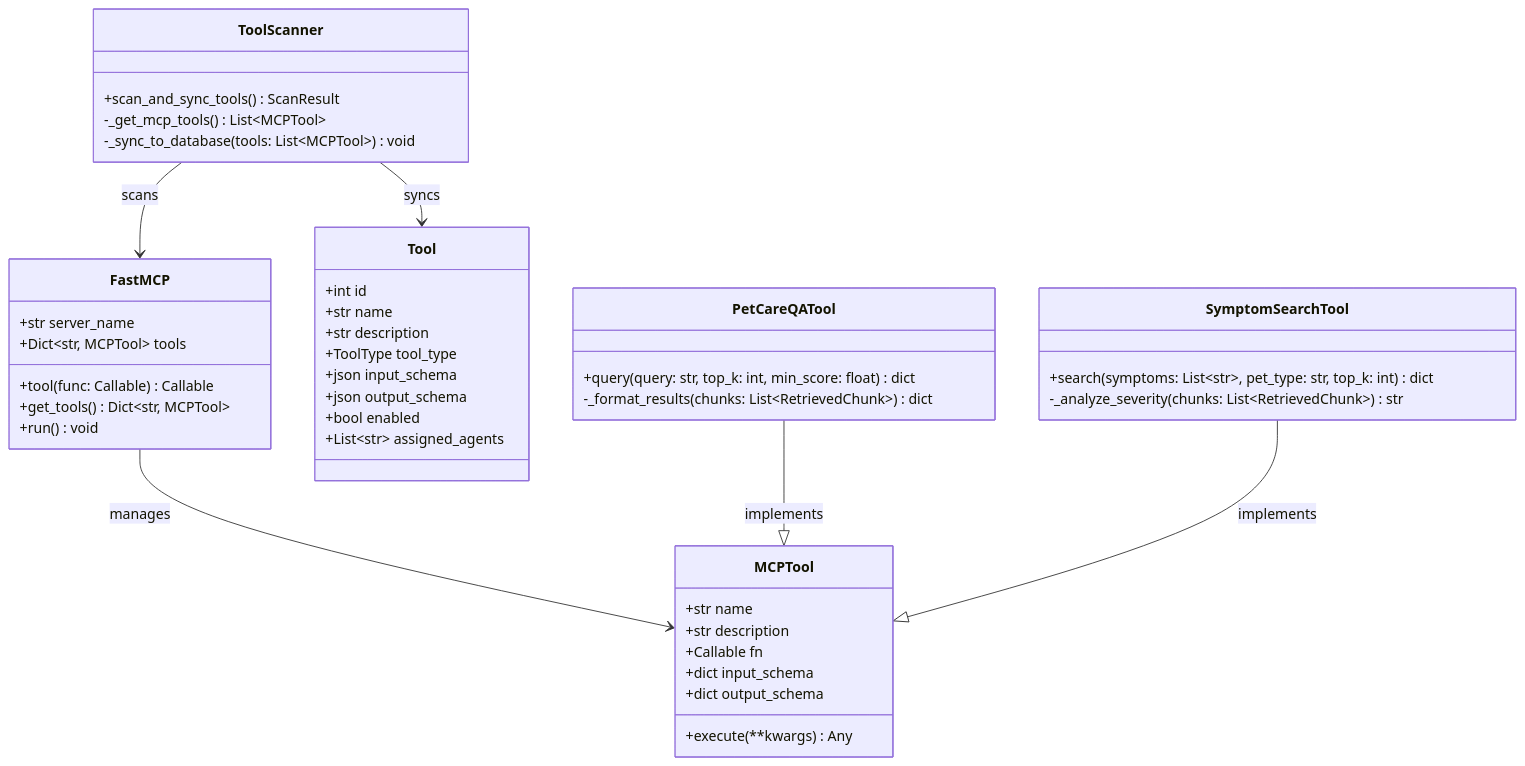
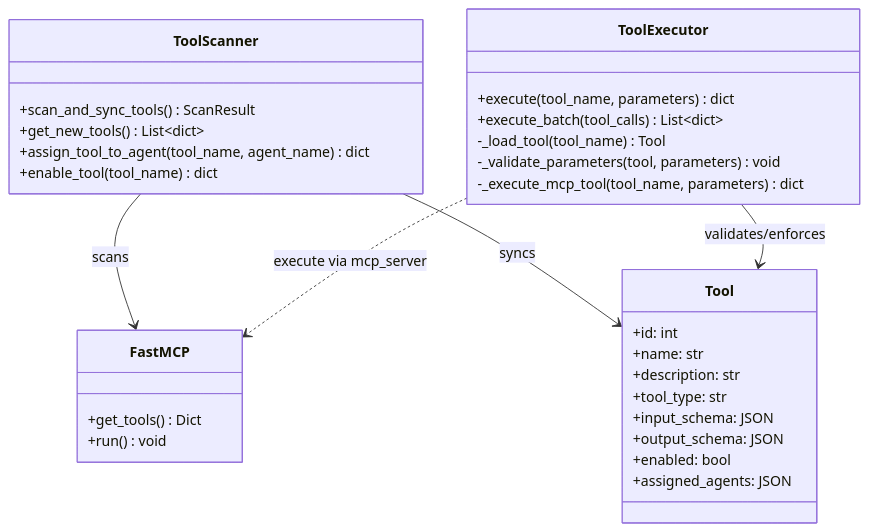
Diagram 17 of 19 in docs-references/documentation/SDD/AI_AGENT_SERVICE_SDD.md (espresso23/Petties-Veterinary-Appointment-Booking-Platform), drawn with Mermaid before and after one commit. The commit also changed other lines of this file and 25 other files, not shown here.

````diff
--- a/docs-references/documentation/SDD/AI_AGENT_SERVICE_SDD.md
+++ b/docs-references/documentation/SDD/AI_AGENT_SERVICE_SDD.md
@@ -1585,52 +1584,38 @@
 ```mermaid
 classDiagram
-    class FastMCP {
-        +str server_name
-        +Dict~str, MCPTool~ tools
-        +tool(func: Callable) Callable
-        +get_tools() Dict~str, MCPTool~
-        +run() void
+    class ToolScanner {
+        +scan_and_sync_tools() ScanResult
+    +get_new_tools() List~dict~
+    +assign_tool_to_agent(tool_name, agent_name) dict
+    +enable_tool(tool_name) dict
     }
 
-    class MCPTool {
-        +str name
-        +str description
-        +Callable fn
-        +dict input_schema
-        +dict output_schema
-        +execute(**kwargs) Any
+  class ToolExecutor {
+    +execute(tool_name, parameters) dict
+    +execute_batch(tool_calls) List~dict~
+    -_load_tool(tool_name) Tool
+    -_validate_parameters(tool, parameters) void
+    -_execute_mcp_tool(tool_name, parameters) dict
     }
 
-    class ToolScanner {
-        +scan_and_sync_tools() ScanResult
-        -_get_mcp_tools() List~MCPTool~
-        -_sync_to_database(tools: List~MCPTool~) void
+  class FastMCP {
+    +get_tools() Dict
+    +run() void
     }
 
-    class Tool {
-        +int id
-        +str name
-        +str description
-        +ToolType tool_type
-        +json input_schema
-        +json output_schema
-        +bool enabled
-        +List~str~ assigned_agents
+  class Tool {
+    +id: int
+    +name: str
+    +description: str
+    +tool_type: str
+    +input_schema: JSON
+    +output_schema: JSON
+    +enabled: bool
+    +assigned_agents: JSON
     }
 
-    class PetCareQATool {
-        +query(query: str, top_k: int, min_score: float) dict
-        -_format_results(chunks: List~RetrievedChunk~) dict
-    }
-
-    class SymptomSearchTool {
-        +search(symptoms: List~str~, pet_type: str, top_k: int) dict
-        -_analyze_severity(chunks: List~RetrievedChunk~) str
-    }
-
-    FastMCP --> MCPTool : manages
     ToolScanner --> FastMCP : scans
     ToolScanner --> Tool : syncs
-    PetCareQATool --|> MCPTool : implements
-    SymptomSearchTool --|> MCPTool : implements
+  ToolExecutor --> Tool : validates/enforces
+  ToolExecutor ..> FastMCP : execute via mcp_server
 ```
````
